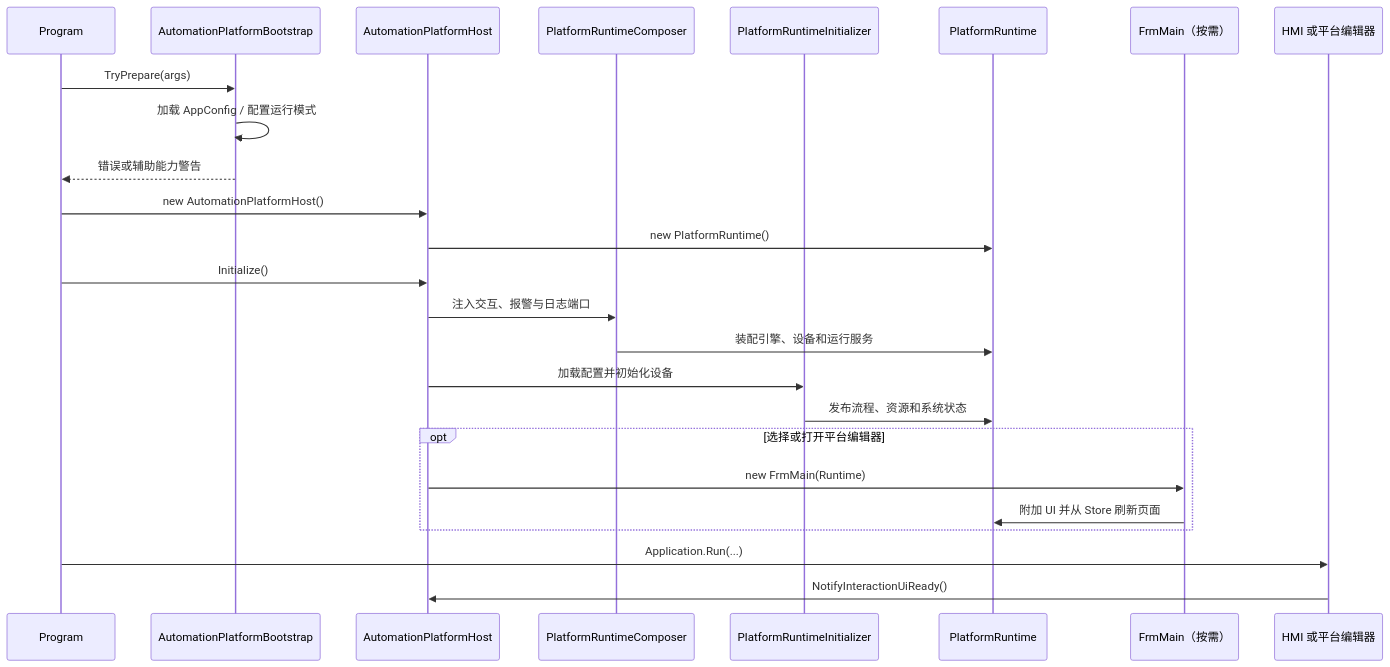
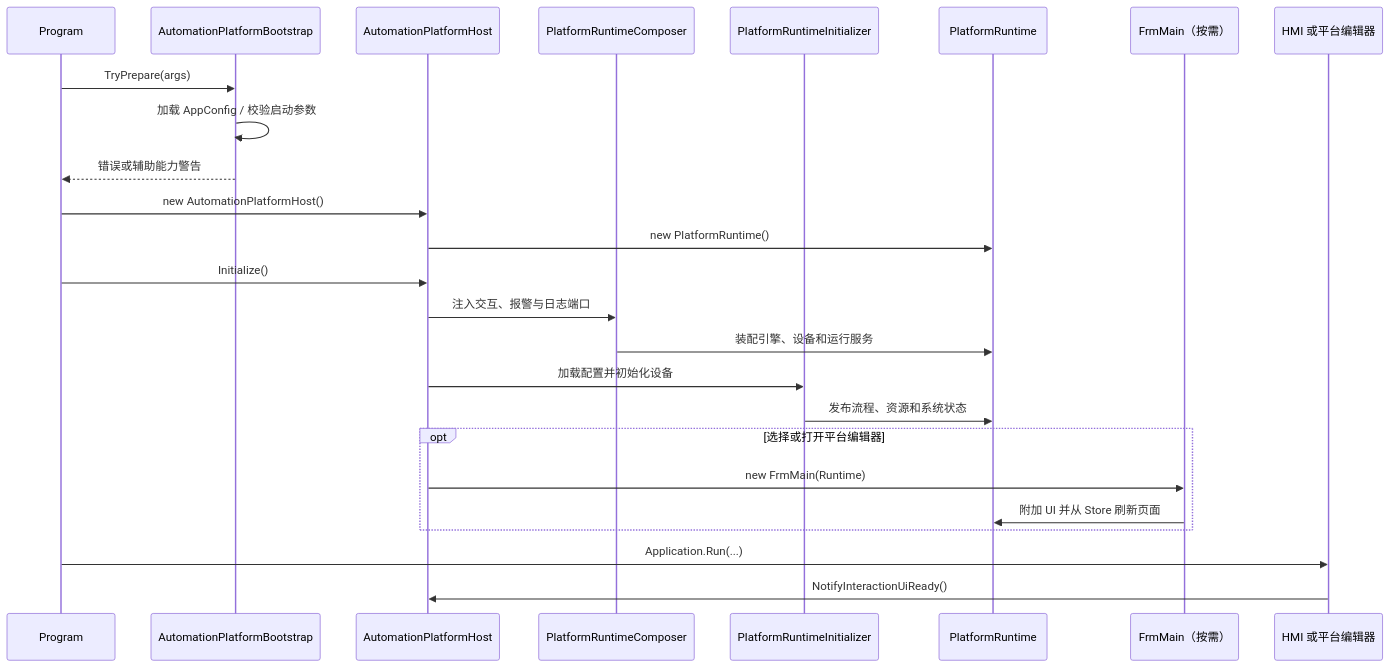
One commit to zeastwin/Automation changed the diagram in Docs/Architecture/01-启动与生命周期.md. Above: the diagram before and after it, drawn with Mermaid. The commit also changed other lines of this file and 20 other files, not shown here.

````diff
--- a/Docs/Architecture/01-启动与生命周期.md
+++ b/Docs/Architecture/01-启动与生命周期.md
@@ -7,28 +7,28 @@
 ```mermaid
 sequenceDiagram
     participant Entry as Program
     participant Bootstrap as AutomationPlatformBootstrap
     participant Host as AutomationPlatformHost
     participant Composer as PlatformRuntimeComposer
     participant Initializer as PlatformRuntimeInitializer
     participant Runtime as PlatformRuntime
     participant Main as FrmMain（按需）
     participant View as HMI 或平台编辑器
 
     Entry->>Bootstrap: TryPrepare(args)
-    Bootstrap->>Bootstrap: 加载 AppConfig / 配置运行模式
+    Bootstrap->>Bootstrap: 加载 AppConfig / 校验启动参数
     Bootstrap-->>Entry: 错误或辅助能力警告
     Entry->>Host: new AutomationPlatformHost()
     Host->>Runtime: new PlatformRuntime()
     Entry->>Host: Initialize()
     Host->>Composer: 注入交互、报警与日志端口
     Composer->>Runtime: 装配引擎、设备和运行服务
     Host->>Initializer: 加载配置并初始化设备
     Initializer->>Runtime: 发布流程、资源和系统状态
     opt 选择或打开平台编辑器
         Host->>Main: new FrmMain(Runtime)
         Main->>Runtime: 附加 UI 并从 Store 刷新页面
     end
     Entry->>View: Application.Run(...)
     View->>Host: NotifyInteractionUiReady()
 ```
````
